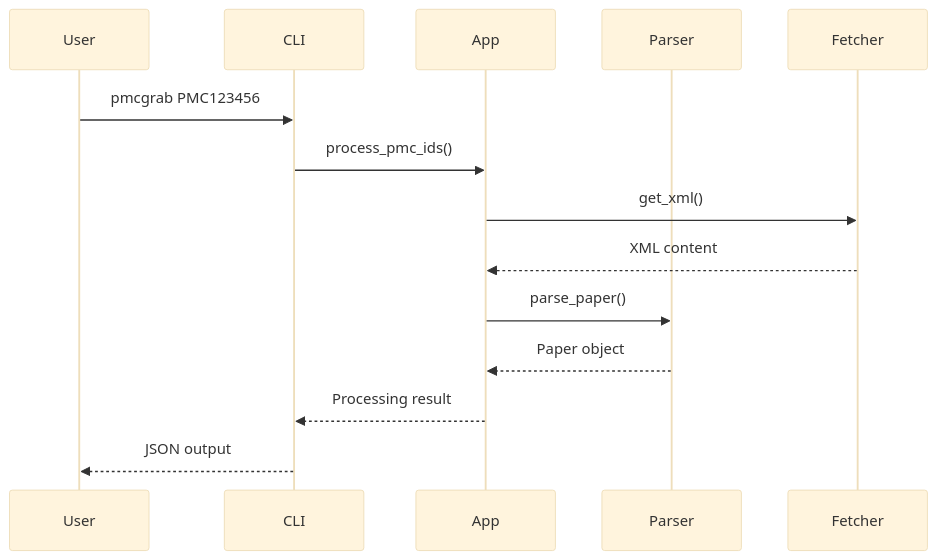
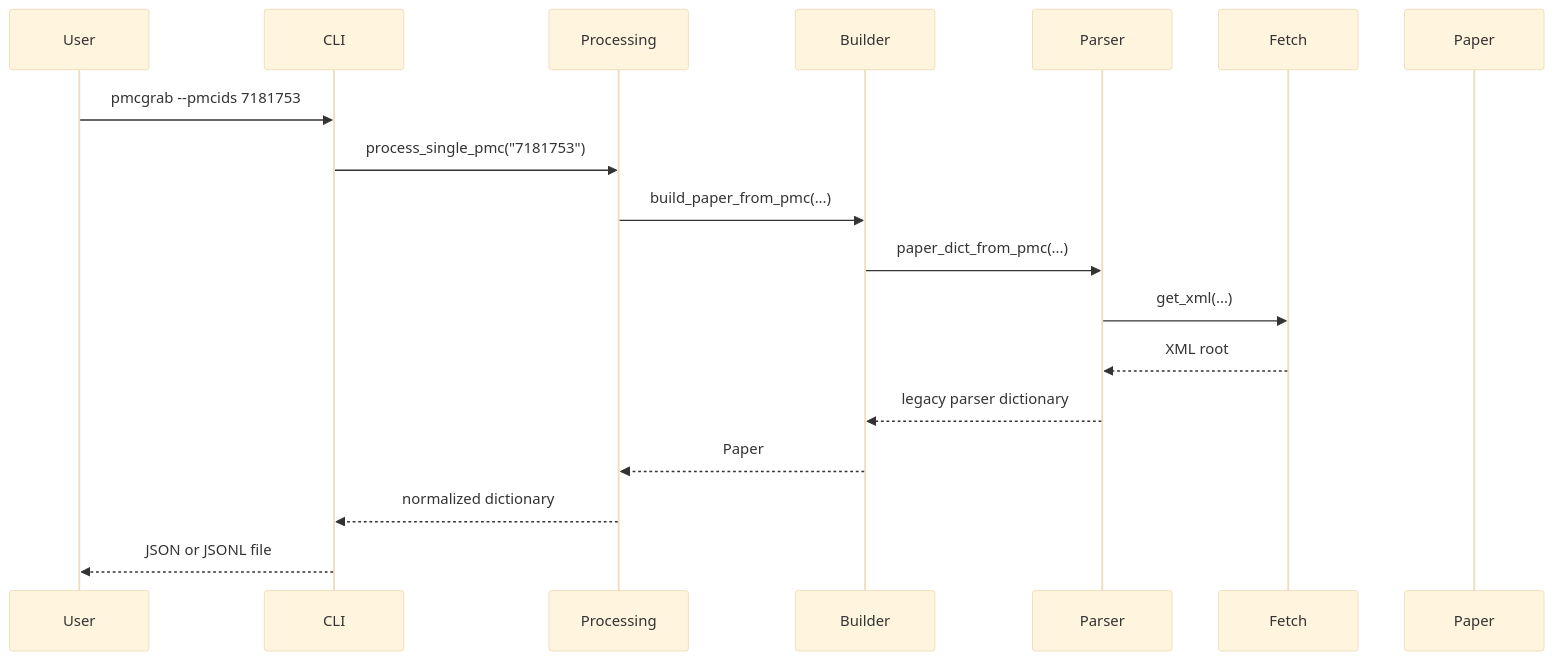
One commit to rajdeepmondaldotcom/pmcgrab changed the second of 3 diagrams in docs/development/architecture.md. Above: the diagram before and after it, drawn with Mermaid (base theme). The commit also changed other lines of this file and 19 other files, not shown here.

````diff
--- a/docs/development/architecture.md
+++ b/docs/development/architecture.md
@@ -84,17 +48,21 @@
 ```mermaid
 sequenceDiagram
     participant User
     participant CLI
-    participant App
+    participant Processing
+    participant Builder
     participant Parser
-    participant Fetcher
+    participant Fetch
+    participant Paper
 
-    User->>CLI: pmcgrab PMC123456
-    CLI->>App: process_pmc_ids()
-    App->>Fetcher: get_xml()
-    Fetcher-->>App: XML content
-    App->>Parser: parse_paper()
-    Parser-->>App: Paper object
-    App-->>CLI: Processing result
-    CLI-->>User: JSON output
+    User->>CLI: pmcgrab --pmcids 7181753
+    CLI->>Processing: process_single_pmc("7181753")
+    Processing->>Builder: build_paper_from_pmc(...)
+    Builder->>Parser: paper_dict_from_pmc(...)
+    Parser->>Fetch: get_xml(...)
+    Fetch-->>Parser: XML root
+    Parser-->>Builder: legacy parser dictionary
+    Builder-->>Processing: Paper
+    Processing-->>CLI: normalized dictionary
+    CLI-->>User: JSON or JSONL file
 ```
````
